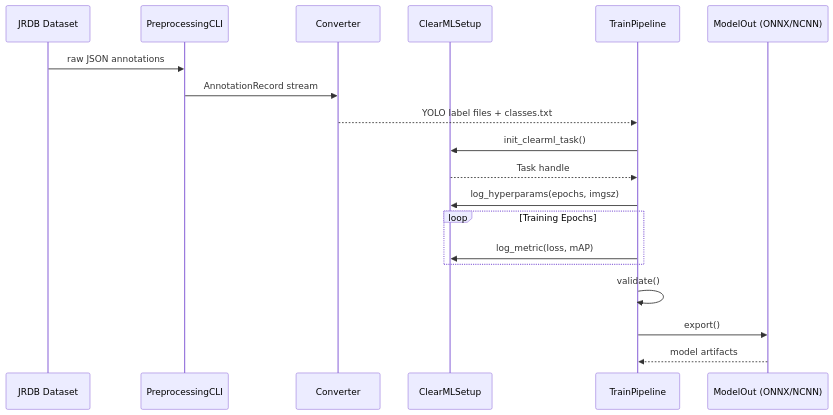
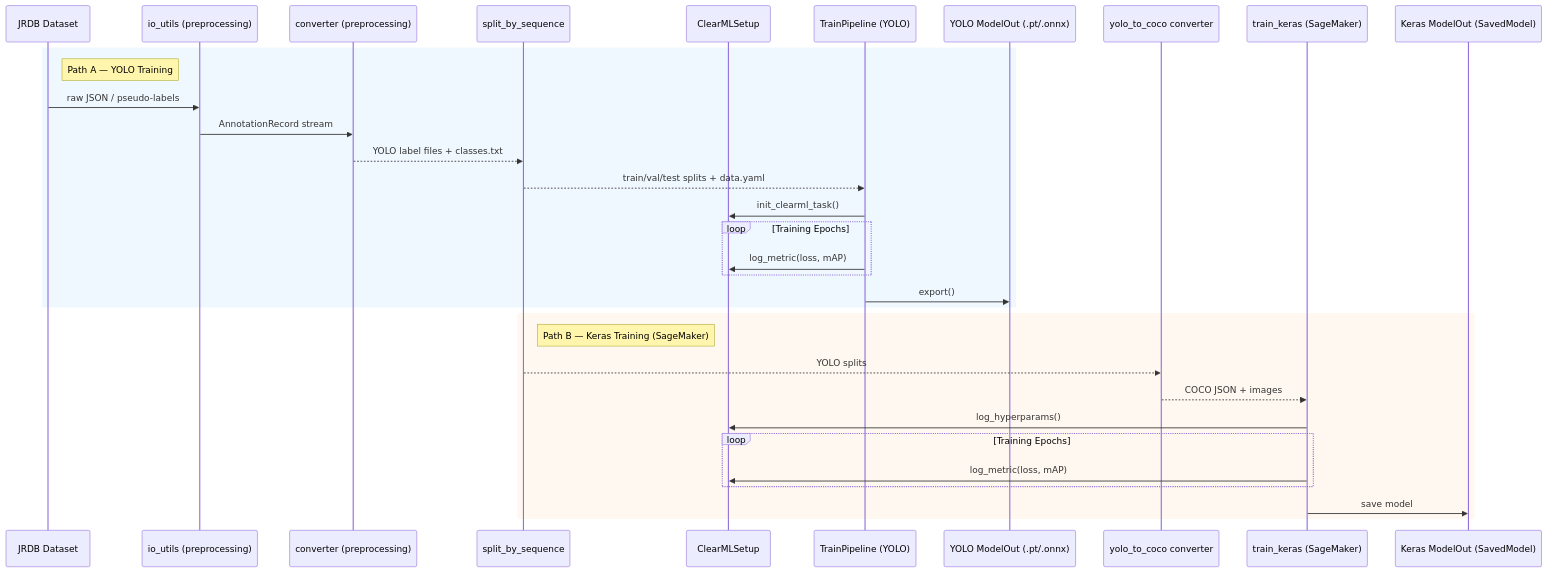
One commit to salieri009/DeepLearning42028UTS changed the fifth of 5 diagrams in README.md. Above: the diagram before and after it, drawn with Mermaid. The commit also changed other lines of this file, not shown here.

Commit message:
docs: fix PreprocessingCLI/Converter class refs, add Keras training path
Made-with: Cursor

````diff
--- a/README.md
+++ b/README.md
@@ -420,22 +429,37 @@
 ```mermaid
 sequenceDiagram
     participant JRDB as JRDB Dataset
-    participant CLI as PreprocessingCLI
-    participant Conv as Converter
+    participant IO as io_utils (preprocessing)
+    participant Conv as converter (preprocessing)
+    participant Split as split_by_sequence
     participant CML as ClearMLSetup
-    participant TP as TrainPipeline
-    participant Model as ModelOut (ONNX/NCNN)
 
-    JRDB->>CLI: raw JSON annotations
-    CLI->>Conv: AnnotationRecord stream
-    Conv-->>TP: YOLO label files + classes.txt
+    rect rgb(240,248,255)
+    note right of JRDB: Path A — YOLO Training
+    participant TP as TrainPipeline (YOLO)
+    participant YOut as YOLO ModelOut (.pt/.onnx)
+    JRDB->>IO: raw JSON / pseudo-labels
+    IO->>Conv: AnnotationRecord stream
+    Conv-->>Split: YOLO label files + classes.txt
+    Split-->>TP: train/val/test splits + data.yaml
     TP->>CML: init_clearml_task()
-    CML-->>TP: Task handle
-    TP->>CML: log_hyperparams(epochs, imgsz)
     loop Training Epochs
         TP->>CML: log_metric(loss, mAP)
     end
-    TP->>TP: validate()
-    TP->>Model: export()
-    Model-->>TP: model artifacts
+    TP->>YOut: export()
+    end
+
+    rect rgb(255,248,240)
+    note right of Split: Path B — Keras Training (SageMaker)
+    participant COCO as yolo_to_coco converter
+    participant KT as train_keras (SageMaker)
+    participant KOut as Keras ModelOut (SavedModel)
+    Split-->>COCO: YOLO splits
+    COCO-->>KT: COCO JSON + images
+    KT->>CML: log_hyperparams()
+    loop Training Epochs
+        KT->>CML: log_metric(loss, mAP)
+    end
+    KT->>KOut: save model
+    end
 ```
````
